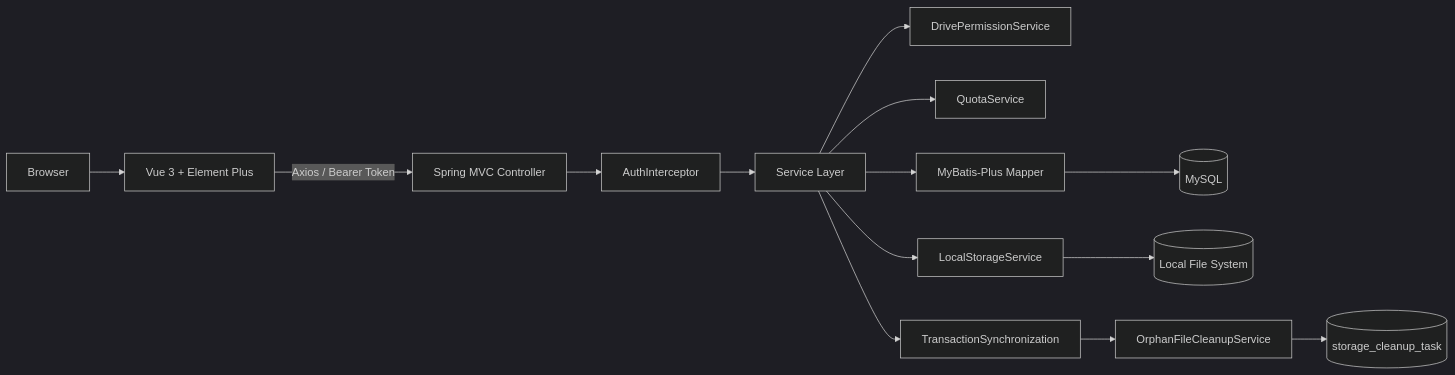
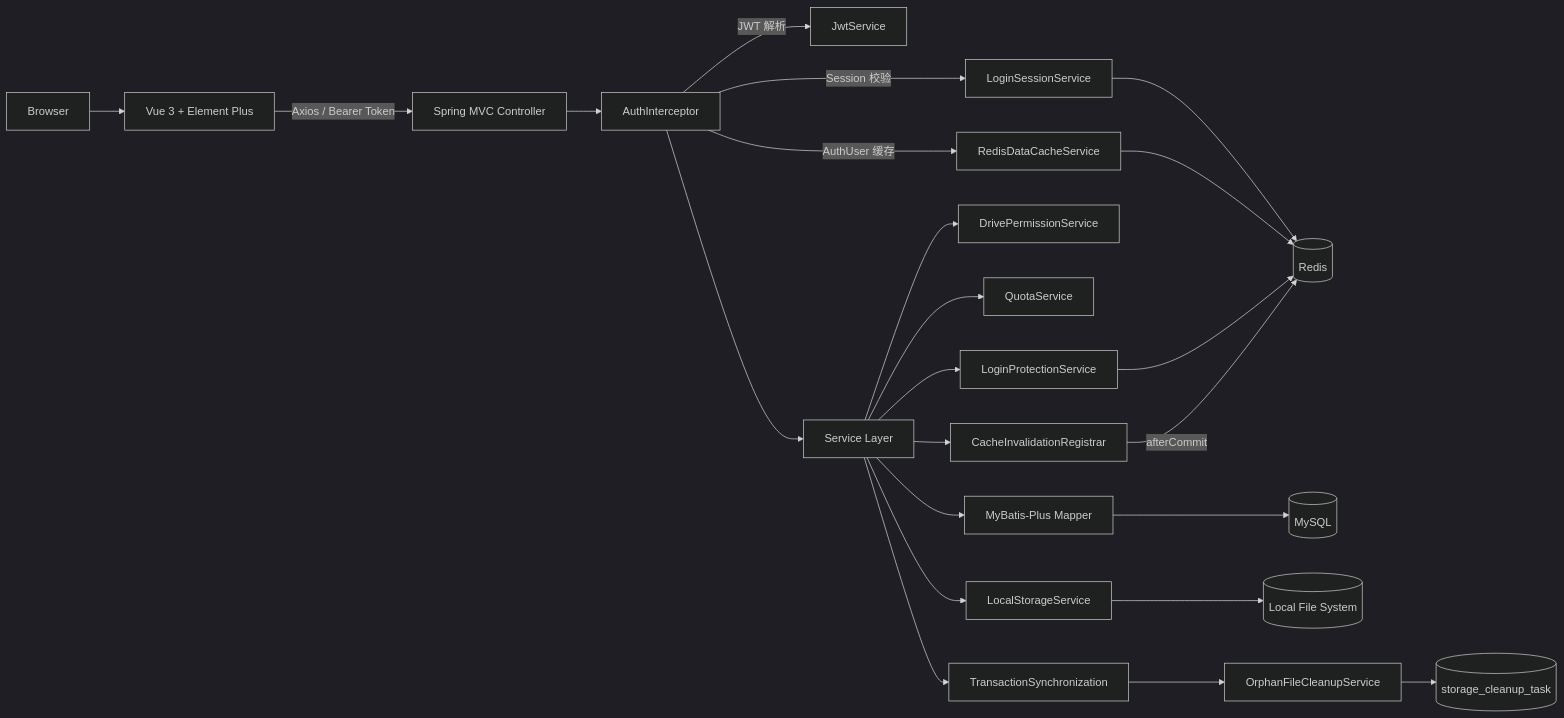
One commit to ZhongErsan/simple-department-drive changed the fourth of 4 diagrams in README.md. Above: the diagram before and after it, drawn with Mermaid (dark theme). The commit also changed other lines of this file, not shown here.

````diff
--- a/README.md
+++ b/README.md
@@ -263,16 +274,25 @@
-``` mermaid
+```mermaid
 flowchart LR
     U[Browser] --> V[Vue 3 + Element Plus]
     V -->|Axios / Bearer Token| C[Spring MVC Controller]
     C --> A[AuthInterceptor]
+    A -->|JWT 解析| J[JwtService]
+    A -->|Session 校验| R[LoginSessionService]
+    A -->|AuthUser 缓存| RC[RedisDataCacheService]
+    R --> REDIS[(Redis)]
+    RC --> REDIS
     A --> S[Service Layer]
     S --> P[DrivePermissionService]
     S --> Q[QuotaService]
+    S --> LP[LoginProtectionService]
+    LP --> REDIS
+    S --> CI[CacheInvalidationRegistrar]
+    CI -->|afterCommit| REDIS
     S --> M[MyBatis-Plus Mapper]
     M --> DB[(MySQL)]
     S --> LS[LocalStorageService]
     LS --> FS[(Local File System)]
     S --> TS[TransactionSynchronization]
     TS --> OC[OrphanFileCleanupService]
     OC --> CT[(storage_cleanup_task)]
 ```
````
